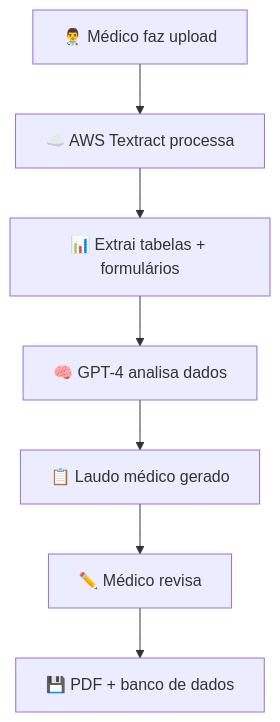
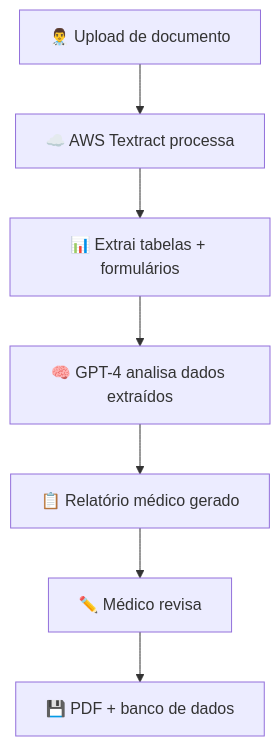
The second of 2 diagrams in README.md (RaquelFonsec/medical-exam-analyzer), drawn with Mermaid before and after one commit. The commit also changed other lines of this file, not shown here.

````diff
--- a/README.md
+++ b/README.md
@@ -386,9 +102,9 @@
 ```mermaid
 graph TD
-    A[👨‍⚕️ Médico faz upload] --> B[☁️ AWS Textract processa]
-    B --> C[📊 Extrai tabelas + formulários]
-    C --> D[🧠 GPT-4 analisa dados]
-    D --> E[📋 Laudo médico gerado]
-    E --> F[✏️ Médico revisa]
-    F --> G[💾 PDF + banco de dados]
+    I[👨‍⚕️ Upload de documento] --> J[☁️ AWS Textract processa]
+    J --> K[📊 Extrai tabelas + formulários]
+    K --> L[🧠 GPT-4 analisa dados extraídos]
+    L --> M[📋 Relatório médico gerado]
+    M --> N[✏️ Médico revisa]
+    N --> O[💾 PDF + banco de dados]
 ```
````
